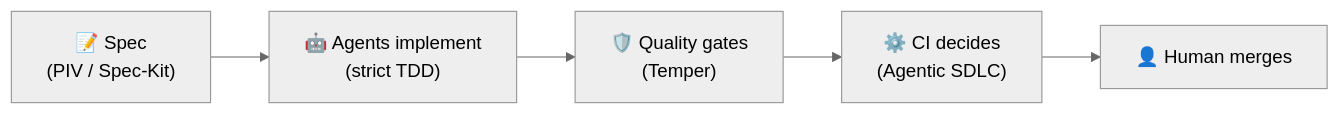
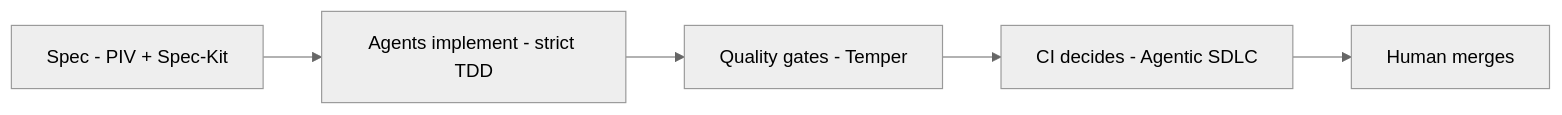
Before and after one commit to galando/galando: the diagram in README.md, drawn with Mermaid (neutral theme). The commit also changed other lines of this file, not shown here.

First line of the commit message:
Fix mermaid diagram compatibility and polish the page

````diff
--- a/README.md
+++ b/README.md
@@ -75,7 +54,7 @@
 ```mermaid
 flowchart LR
-    A["📝 Spec<br/>(PIV / Spec-Kit)"] --> B["🤖 Agents implement<br/>(strict TDD)"]
-    B --> C["🛡️ Quality gates<br/>(Temper)"]
-    C --> D["⚙️ CI decides<br/>(Agentic SDLC)"]
-    D --> E["👤 Human merges"]
+    spec["Spec - PIV + Spec-Kit"] --> impl["Agents implement - strict TDD"]
+    impl --> gates["Quality gates - Temper"]
+    gates --> ci["CI decides - Agentic SDLC"]
+    ci --> merge["Human merges"]
 ```
````
